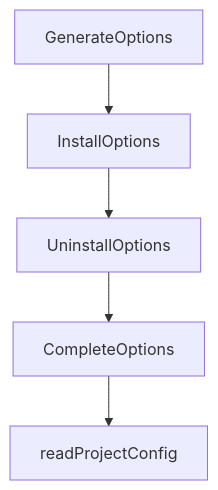
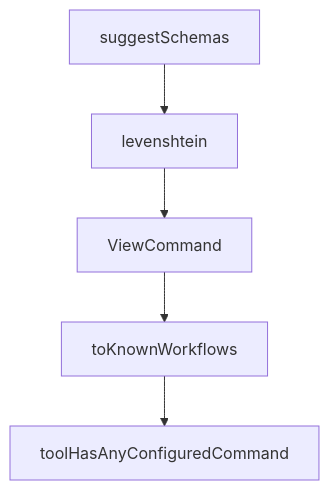
One commit to johnxie/awesome-code-docs changed the diagram in tutorials/openspec-tutorial/07-validation-automation-and-ci-operations.md. Above: the diagram before and after it, drawn with Mermaid. The commit also changed other lines of this file and 1232 other files, not shown here.

````diff
--- a/tutorials/openspec-tutorial/07-validation-automation-and-ci-operations.md
+++ b/tutorials/openspec-tutorial/07-validation-automation-and-ci-operations.md
@@ -234,12 +232,12 @@
 ```mermaid
 flowchart TD
-    A[GenerateOptions]
-    B[InstallOptions]
-    C[UninstallOptions]
-    D[CompleteOptions]
-    E[readProjectConfig]
+    A[suggestSchemas]
+    B[levenshtein]
+    C[ViewCommand]
+    D[toKnownWorkflows]
+    E[toolHasAnyConfiguredCommand]
     A --> B
     B --> C
     C --> D
     D --> E
 ```
````
